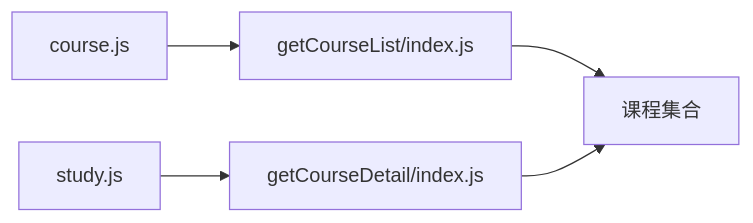
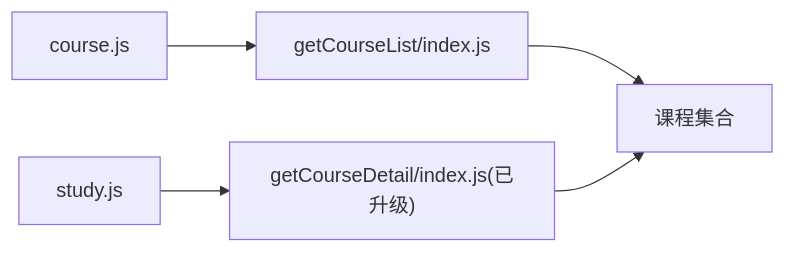
Before and after one commit to cwb7756/bio: the fifth of 5 diagrams in .qoder/repowiki/zh/content/核心功能模块/课程学习系统/课程管理模块.md, drawn with Mermaid. The commit also changed other lines of this file and 46 other files, not shown here.

````diff
--- a/.qoder/repowiki/zh/content/核心功能模块/课程学习系统/课程管理模块.md
+++ b/.qoder/repowiki/zh/content/核心功能模块/课程学习系统/课程管理模块.md
@@ -209,7 +226,7 @@
 ```mermaid
 graph LR
 CourseJS["course.js"] --> GetList["getCourseList/index.js"]
-StudyJS["study.js"] --> GetDetail["getCourseDetail/index.js"]
+StudyJS["study.js"] --> GetDetail["getCourseDetail/index.js(已升级)"]
 GetList --> DB["课程集合"]
 GetDetail --> DB
 ```
````
